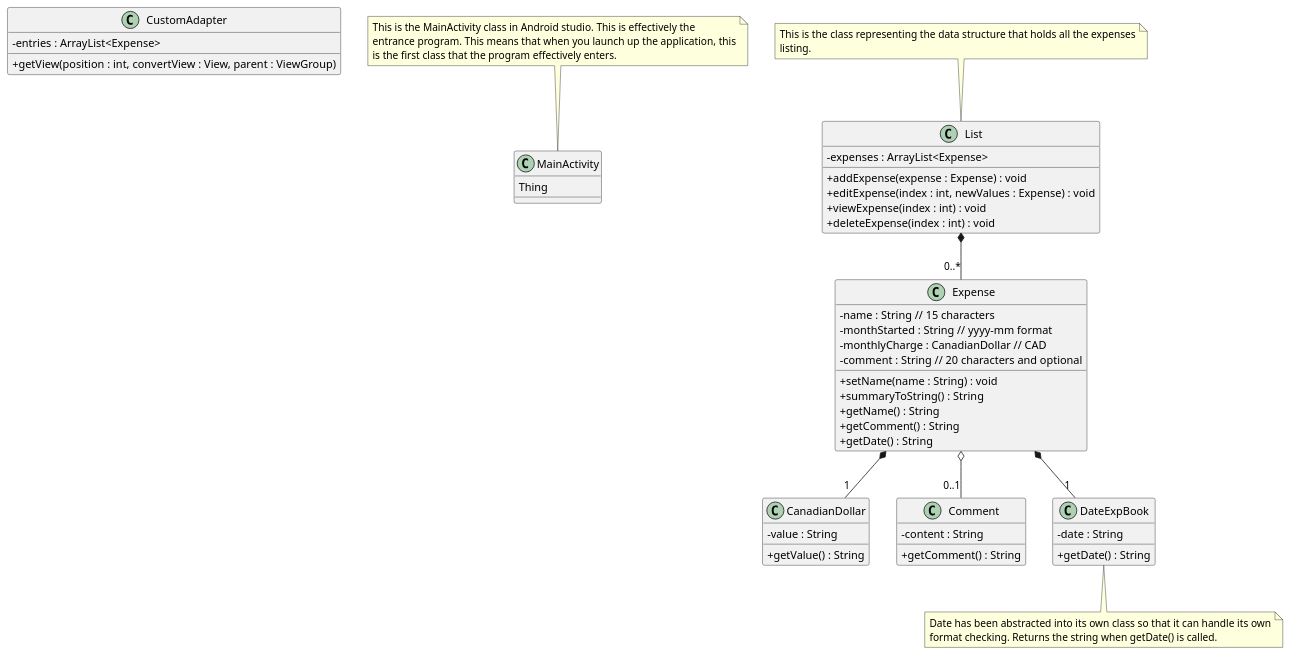
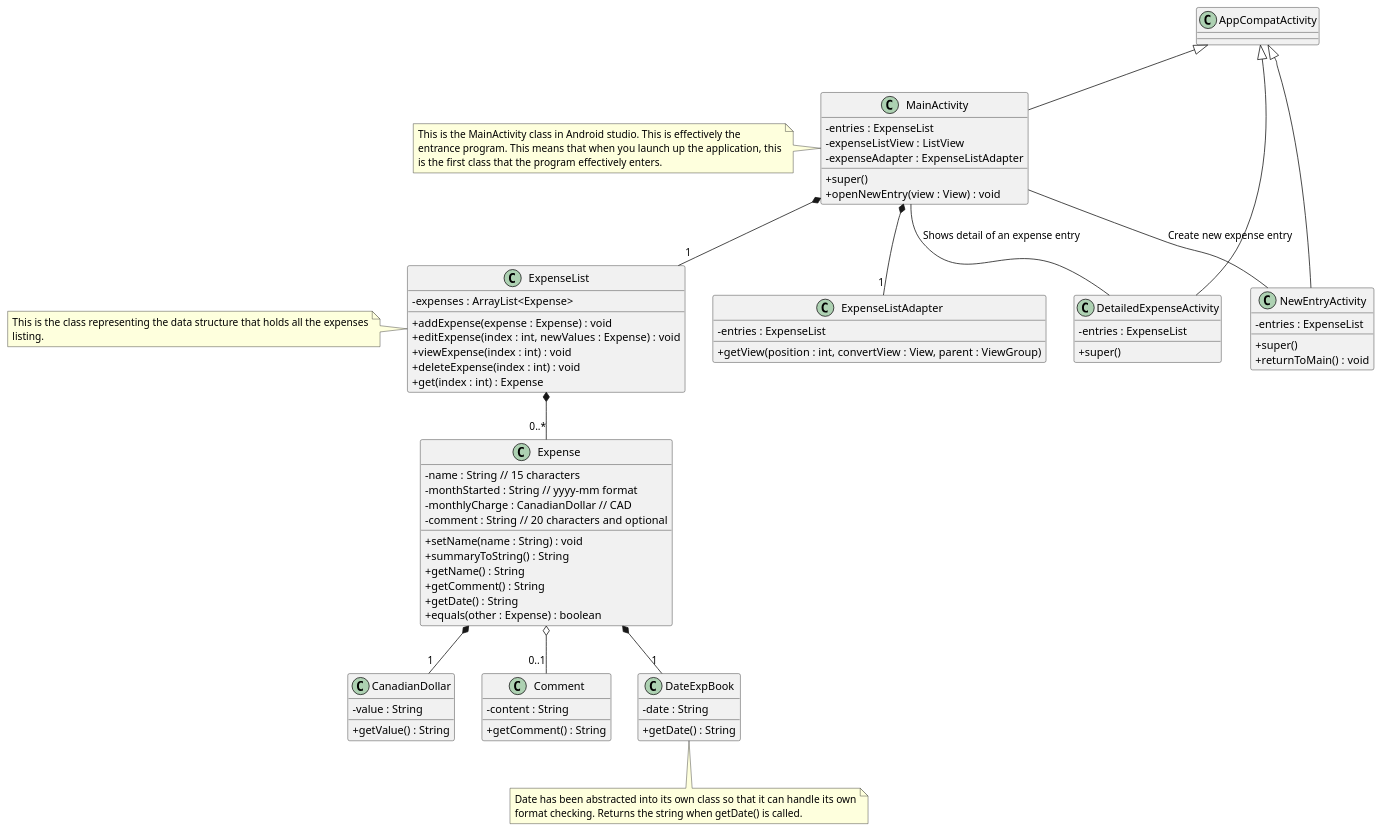
Before and after one commit to waridh/expense_book: the diagram in doc/uml/assign1UML/assign1UML.puml, drawn with PlantUML. The commit also changed 5 other files, not shown here.

```diff
--- a/doc/uml/assign1UML/assign1UML.puml
+++ b/doc/uml/assign1UML/assign1UML.puml
@@ -1,68 +1,103 @@
 @startuml
   skinparam classAttributeIconSize 0
-class CustomAdapter{
-  - entries : ArrayList<Expense>
+
+class AppCompatActivity {
+
+}
+class ExpenseListAdapter{
+  - entries : ExpenseList
   + getView(position : int, convertView : View, parent : ViewGroup)
 }
 
 class MainActivity {
-  Thing
+  - entries : ExpenseList
+  - expenseListView : ListView
+  - expenseAdapter : ExpenseListAdapter
+  + super()
+  + openNewEntry(view : View) : void
+}
+
+class DetailedExpenseActivity {
+  - entries : ExpenseList
+  + super()
+}
+
+class NewEntryActivity {
+  - entries : ExpenseList
+  + super()
+  + returnToMain() : void
 }
 
 class Expense {
   - name : String // 15 characters
   - monthStarted : String // yyyy-mm format
   - monthlyCharge : CanadianDollar // CAD
   - comment : String // 20 characters and optional
 
   +setName(name : String) : void
   +summaryToString() : String
   +getName() : String
   +getComment() : String
   +getDate() : String
+  +equals(other : Expense) : boolean
 }
 
 class CanadianDollar {
   -value : String
   +getValue() : String
 }
 
 class Comment {
   -content : String
   +getComment() : String
 }
 
 class DateExpBook {
   -date : String
   +getDate() : String
 }
 
-class List {
+class ExpenseList {
   -expenses : ArrayList<Expense>
   +addExpense(expense : Expense) : void
   +editExpense(index : int, newValues : Expense) : void
   +viewExpense(index : int) : void
   +deleteExpense(index : int) : void
+  +get(index : int) : Expense
 }
 
-note top of List
+note left of ExpenseList
   This is the class representing the data structure that holds all the expenses
   listing.
 end note
 
-note top of MainActivity
+note left of MainActivity
   This is the MainActivity class in Android studio. This is effectively the
   entrance program. This means that when you launch up the application, this
   is the first class that the program effectively enters.
 end note
 
-List *-- "0..*" Expense
+/' This is the classes that inherit from AppCompatActivity, which is all the
+activities '/
+AppCompatActivity <|-- MainActivity
+AppCompatActivity <|-- DetailedExpenseActivity
+AppCompatActivity <|-- NewEntryActivity
+
+/' This is the relationship for the MainActivity '/
+MainActivity *-- "1" ExpenseList
+MainActivity *-- "1" ExpenseListAdapter
+
+/' For relationships between the activities '/
+MainActivity -- NewEntryActivity : "Create new expense entry"
+MainActivity -- DetailedExpenseActivity : "Shows detail of an expense entry"
+
+ExpenseList *-- "0..*" Expense
 Expense *-- "1" CanadianDollar
 Expense o-- "0..1" Comment
 Expense *-- "1" DateExpBook
 
 note bottom of DateExpBook
   Date has been abstracted into its own class so that it can handle its own
   format checking. Returns the string when getDate() is called.
 end note
 @enduml
```
